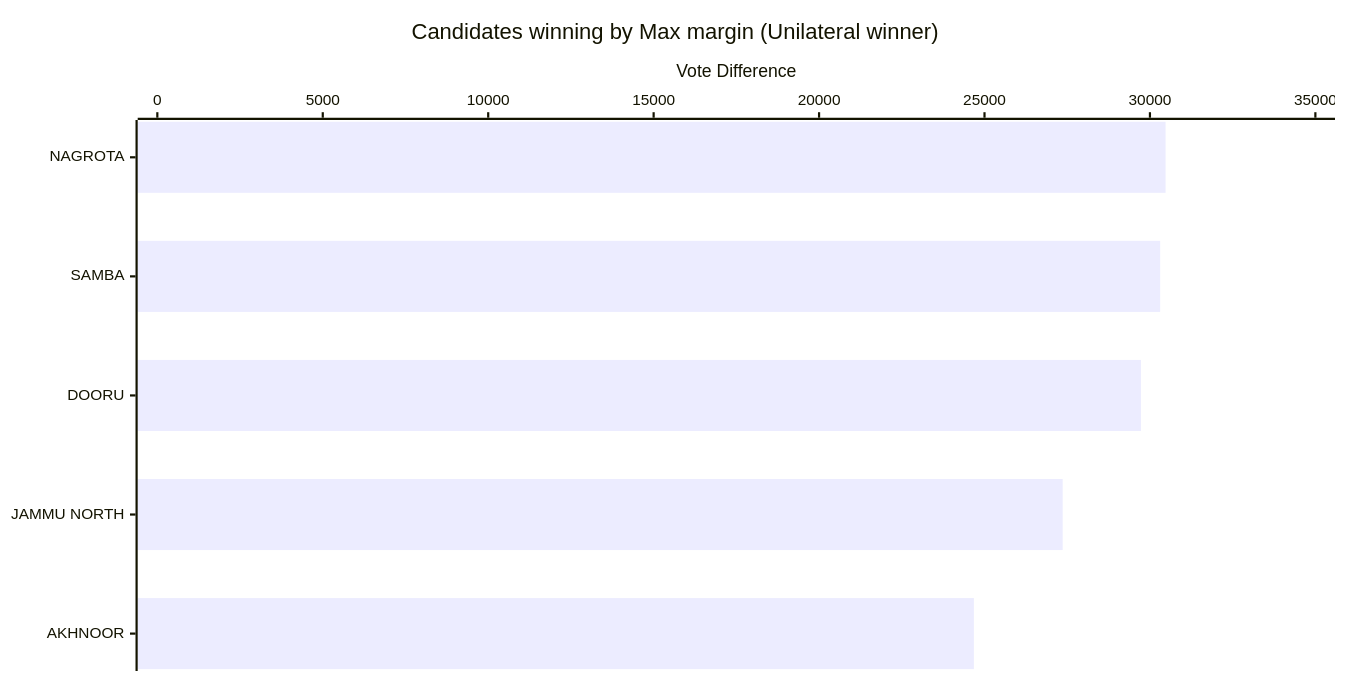
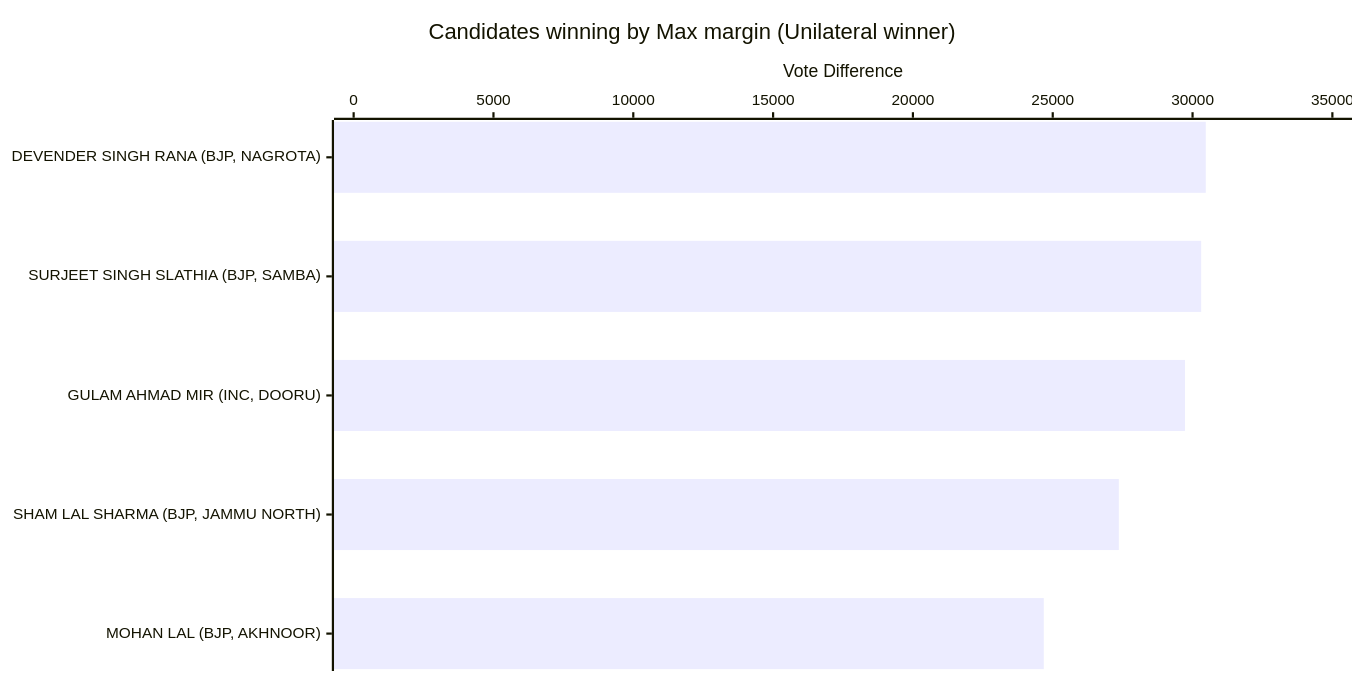
The fifth of 19 diagrams in J&K-GRAPH.md (arjunswaj/elections), drawn with Mermaid before and after one commit. The commit also changed other lines of this file, not shown here.

Commit message:
Update the graph titles

````diff
--- a/J&K-GRAPH.md
+++ b/J&K-GRAPH.md
@@ -119,14 +119,14 @@
 ```mermaid
 ---
 config:
     xyChart:
         width: 1200
         height: 600
         chartOrientation: horizontal
 ---
 xychart-beta
     title "Candidates winning by Max margin (Unilateral winner)"
-    x-axis ["NAGROTA", "SAMBA", "DOORU", "JAMMU NORTH", "AKHNOOR"]
+    x-axis ["DEVENDER SINGH RANA (BJP, NAGROTA)", "SURJEET SINGH SLATHIA (BJP, SAMBA)", "GULAM AHMAD MIR (INC, DOORU)", "SHAM LAL SHARMA (BJP, JAMMU NORTH)", "MOHAN LAL (BJP, AKHNOOR)"]
     y-axis "Vote Difference" 0 --> 35000
     bar [30472, 30309, 29728, 27363, 24679]
 ```
````
